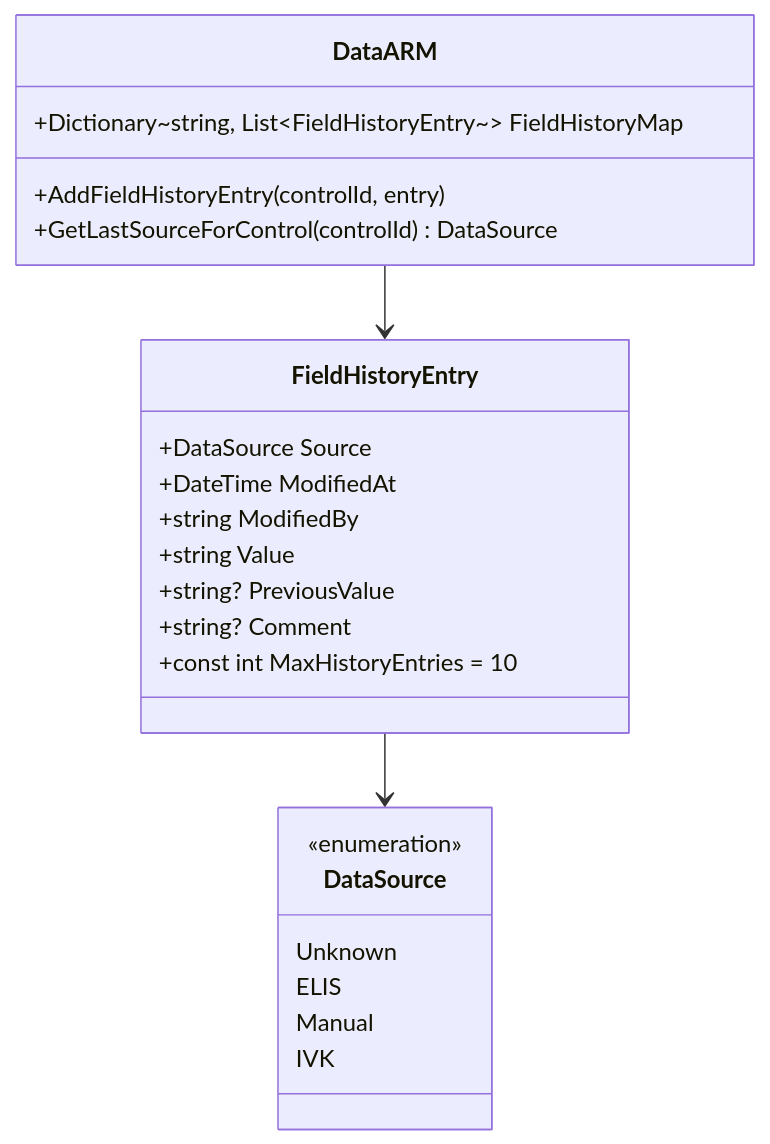
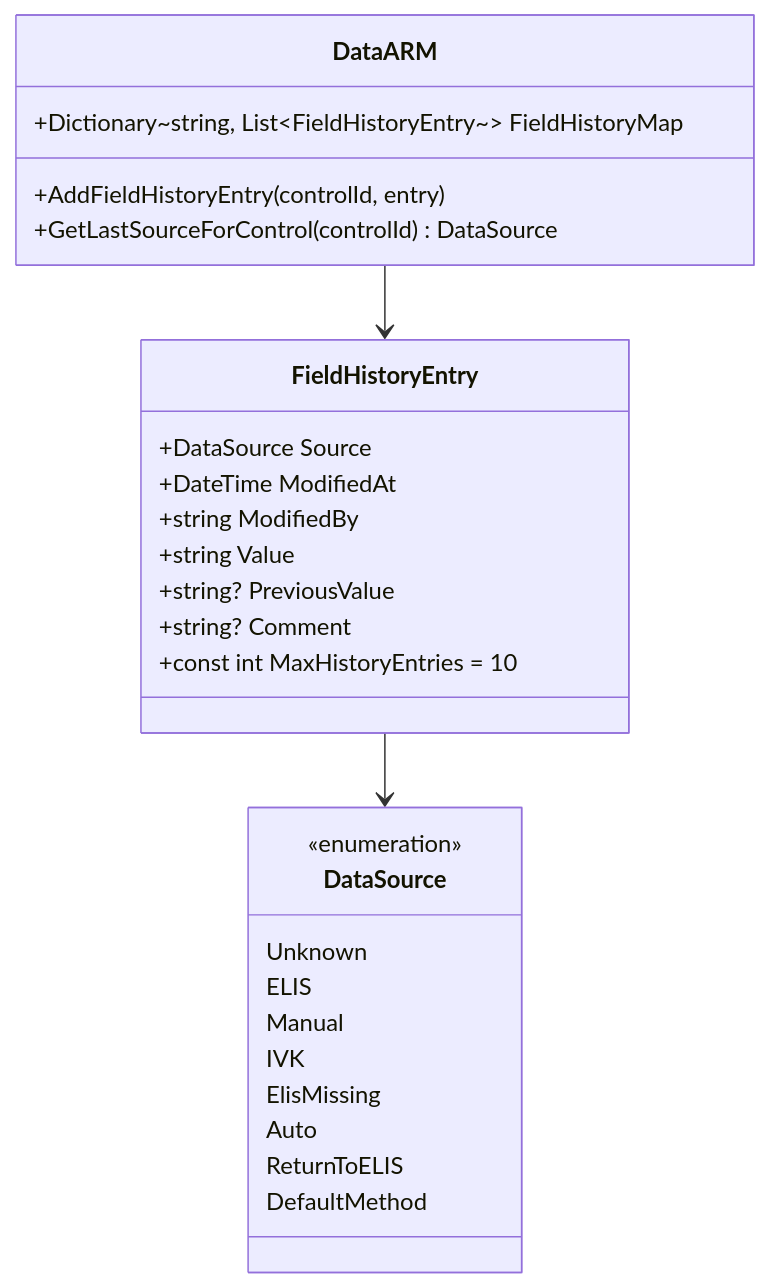
Before and after one commit to tn-ivk/tn-doc: diagram 15 of 18 in docs/architecture/overview.md, drawn with Mermaid. The commit also changed other lines of this file and 15 other files, not shown here.

````diff
--- a/docs/architecture/overview.md
+++ b/docs/architecture/overview.md
@@ -710,29 +685,33 @@
 ```mermaid
 classDiagram
     class DataSource {
         <<enumeration>>
         Unknown
         ELIS
         Manual
         IVK
+        ElisMissing
+        Auto
+        ReturnToELIS
+        DefaultMethod
     }
 
     class FieldHistoryEntry {
         +DataSource Source
         +DateTime ModifiedAt
         +string ModifiedBy
         +string Value
         +string? PreviousValue
         +string? Comment
         +const int MaxHistoryEntries = 10
     }
 
     class DataARM {
         +Dictionary~string, List~FieldHistoryEntry~~ FieldHistoryMap
         +AddFieldHistoryEntry(controlId, entry)
         +GetLastSourceForControl(controlId) DataSource
     }
 
     FieldHistoryEntry --> DataSource
     DataARM --> FieldHistoryEntry
 ```
````
